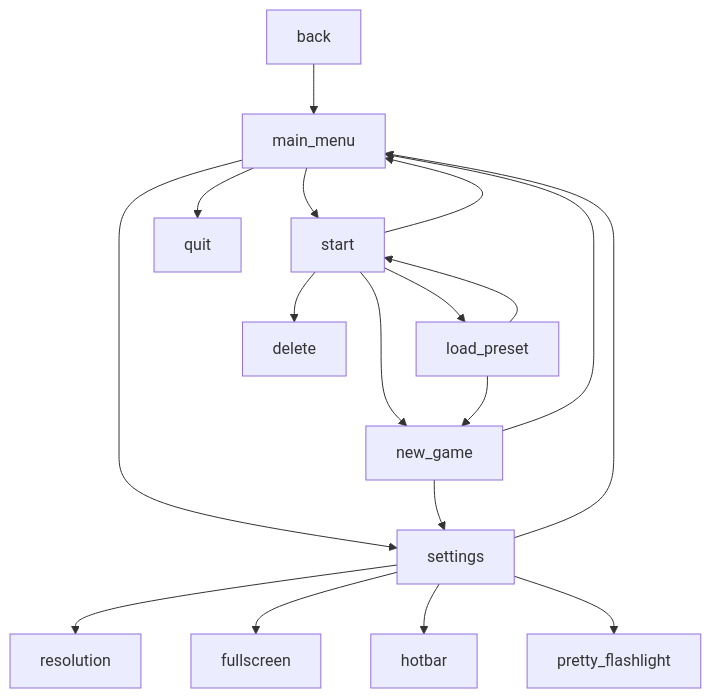
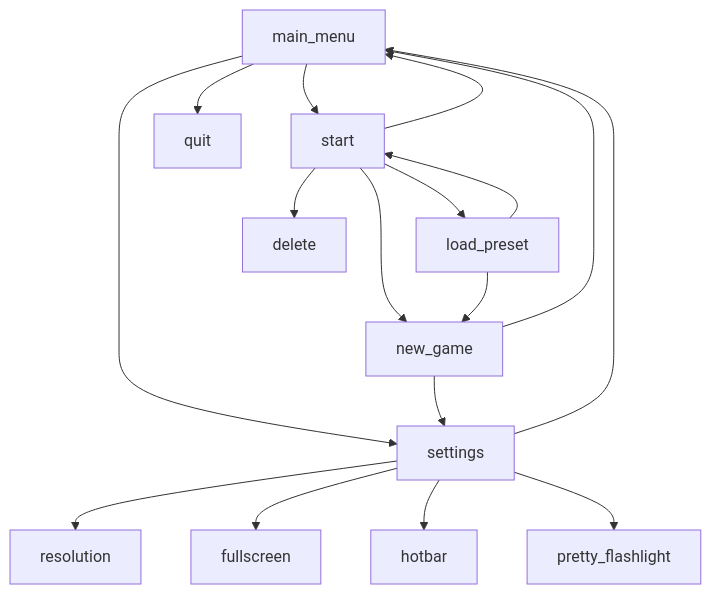
One commit to Hohenzoler/optyka changed the diagram in README.md. Above: the diagram before and after it, drawn with Mermaid.

````diff
--- a/README.md
+++ b/README.md
@@ -63,20 +63,19 @@
 ```mermaid
 graph TD;
     main_menu-->start;
     main_menu-->settings;
     main_menu-->quit;
     start-->new_game;
     start-->load_preset;
     start-->delete;
     start-->main_menu;
-    back-->main_menu;
     load_preset-->new_game;
     load_preset-->start;
     settings-->resolution;
     settings-->fullscreen;
     settings-->hotbar;
     settings-->pretty_flashlight;
     settings-->main_menu;
     new_game-->settings;
     new_game-->main_menu;
 ```
````
